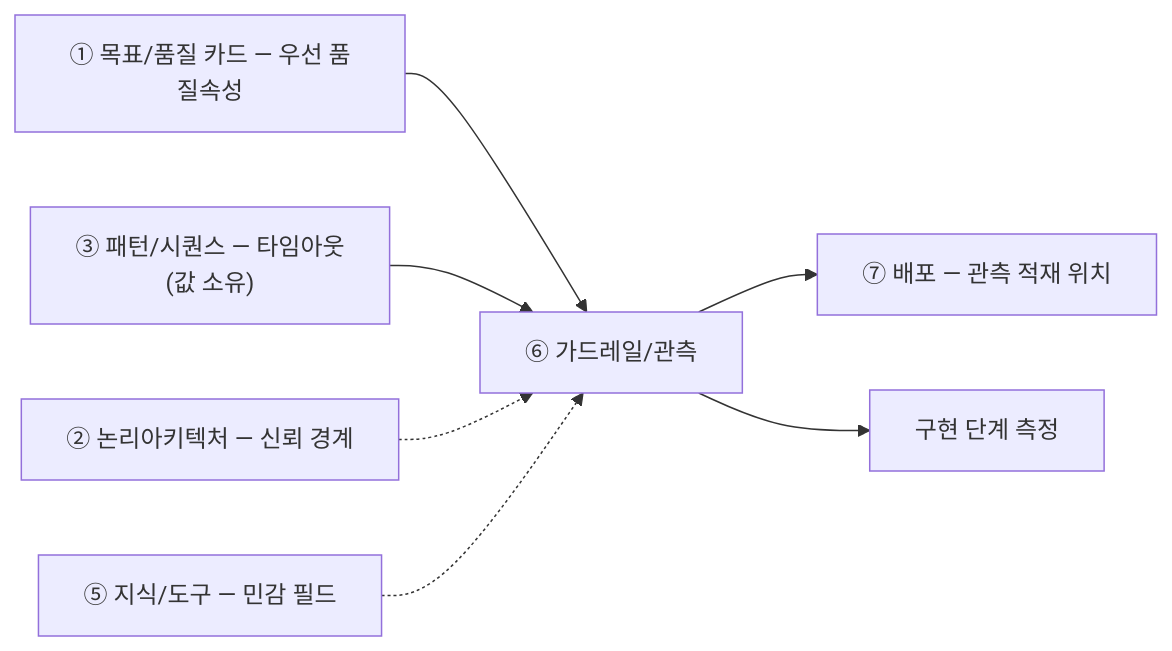
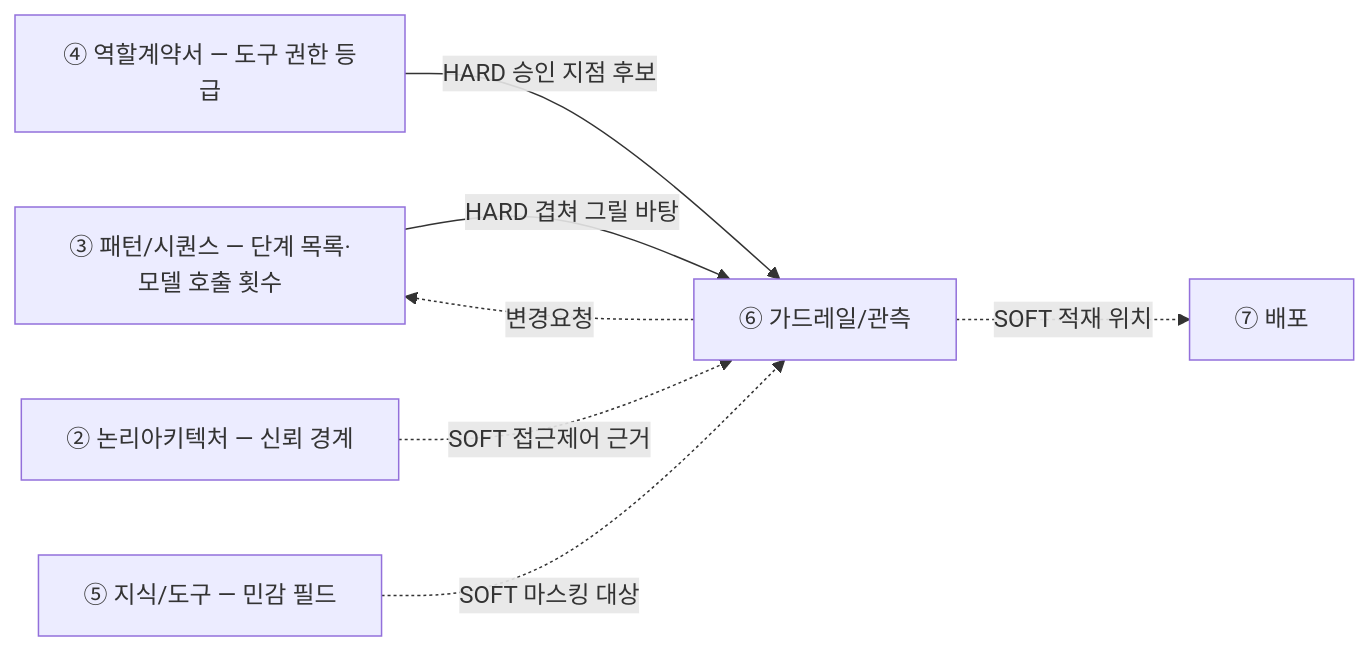
The diagram in design-architecture/guides/06-가드레일관측설계-가이드.md (unicorn-campus/unicorn-skills), drawn with Mermaid before and after one commit. The commit also changed other lines of this file and 33 other files, not shown here.

````diff
--- a/design-architecture/guides/06-가드레일관측설계-가이드.md
+++ b/design-architecture/guides/06-가드레일관측설계-가이드.md
@@ -20,9 +18,9 @@
 ```mermaid
 flowchart LR
-  A["① 목표/품질 카드 — 우선 품질속성"] --> F["⑥ 가드레일/관측"]
-  D["③ 패턴/시퀀스 — 타임아웃<br/>(값 소유)"] --> F
-  B["② 논리아키텍처 — 신뢰 경계"] -.-> F
-  E["⑤ 지식/도구 — 민감 필드"] -.-> F
-  F --> G["⑦ 배포 — 관측 적재 위치"]
-  F --> H["구현 단계 측정"]
+  D["③ 패턴/시퀀스 — 단계 목록·모델 호출 횟수"] -->|"HARD 겹쳐 그릴 바탕"| F["⑥ 가드레일/관측"]
+  C["④ 역할계약서 — 도구 권한 등급"] -->|"HARD 승인 지점 후보"| F
+  B["② 논리아키텍처 — 신뢰 경계"] -.->|"SOFT 접근제어 근거"| F
+  E["⑤ 지식/도구 — 민감 필드"] -.->|"SOFT 마스킹 대상"| F
+  F -.->|"SOFT 적재 위치"| G["⑦ 배포"]
+  F -.변경요청.-> D
 ```
````
